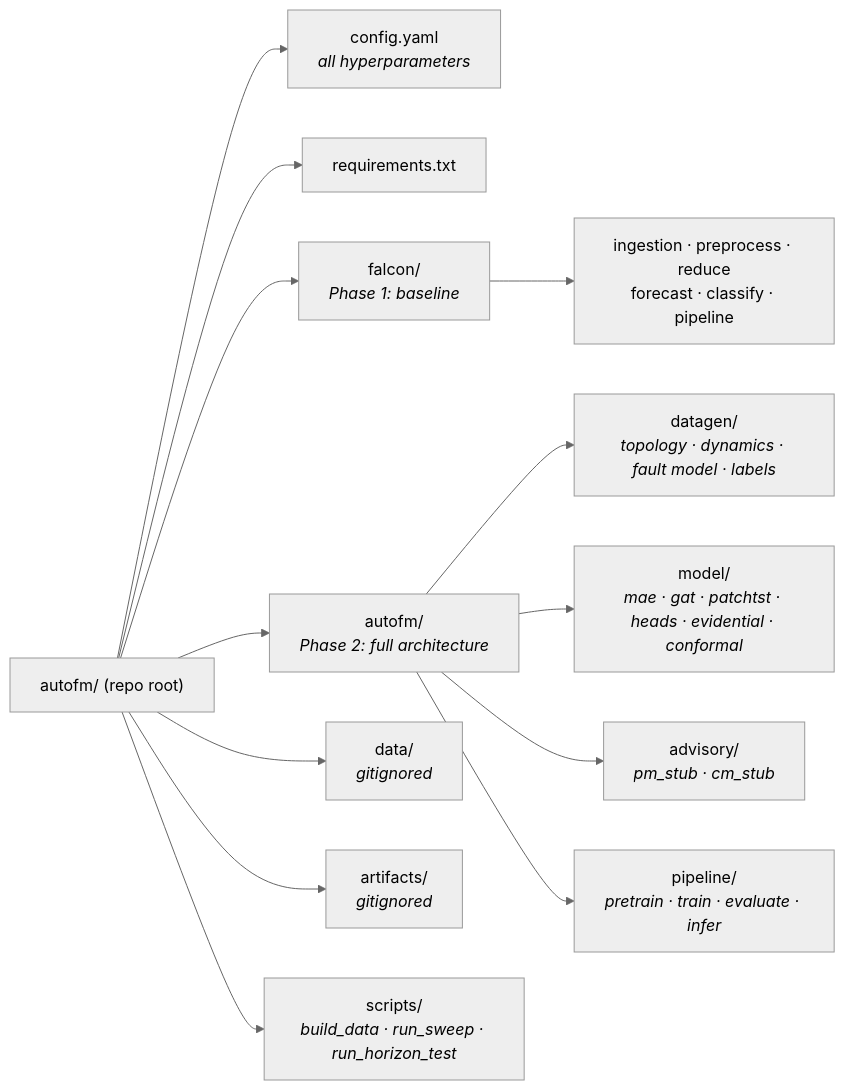
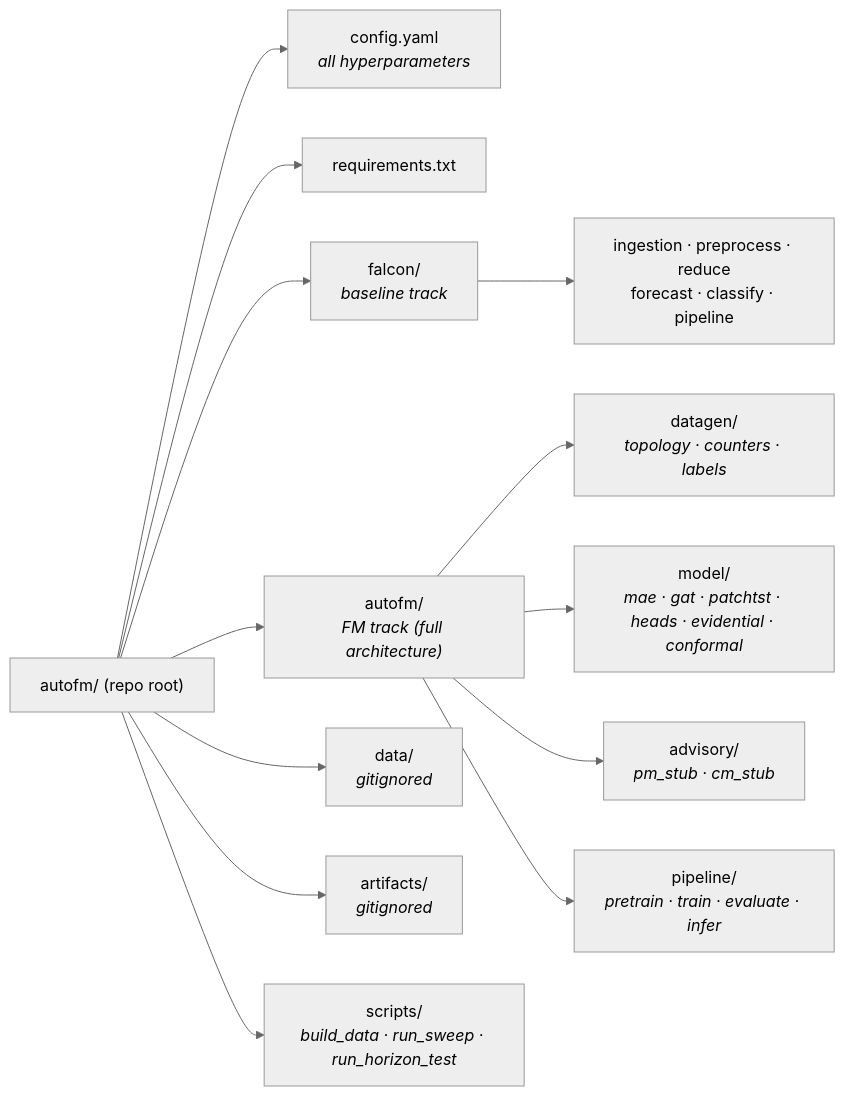
Before and after one commit to basillicus/autofm: the fourth of 4 diagrams in docs/SYSTEM_DESIGN.md, drawn with Mermaid (neutral theme). The commit also changed other lines of this file and 2 other files, not shown here.

````diff
--- a/docs/SYSTEM_DESIGN.md
+++ b/docs/SYSTEM_DESIGN.md
@@ -250,19 +255,19 @@
 ```mermaid
 flowchart LR
     ROOT["autofm/ (repo root)"]
 
     ROOT --> CFG["config.yaml<br/><i>all hyperparameters</i>"]
     ROOT --> REQ["requirements.txt"]
-    ROOT --> FALCON["falcon/<br/><i>Phase 1: baseline</i>"]
-    ROOT --> PKG["autofm/<br/><i>Phase 2: full architecture</i>"]
+    ROOT --> FALCON["falcon/<br/><i>baseline track</i>"]
+    ROOT --> PKG["autofm/<br/><i>FM track (full architecture)</i>"]
     ROOT --> DATA["data/<br/><i>gitignored</i>"]
     ROOT --> ART["artifacts/<br/><i>gitignored</i>"]
     ROOT --> SCRIPTS["scripts/<br/><i>build_data · run_sweep · run_horizon_test</i>"]
 
     FALCON --> FMOD["ingestion · preprocess · reduce<br/>forecast · classify · pipeline"]
 
-    PKG --> DGEN["datagen/<br/><i>topology · dynamics · fault model · labels</i>"]
+    PKG --> DGEN["datagen/<br/><i>topology · counters · labels</i>"]
     PKG --> MODEL["model/<br/><i>mae · gat · patchtst · heads · evidential · conformal</i>"]
     PKG --> ADV["advisory/<br/><i>pm_stub · cm_stub</i>"]
     PKG --> PIPE["pipeline/<br/><i>pretrain · train · evaluate · infer</i>"]
 ```
````
